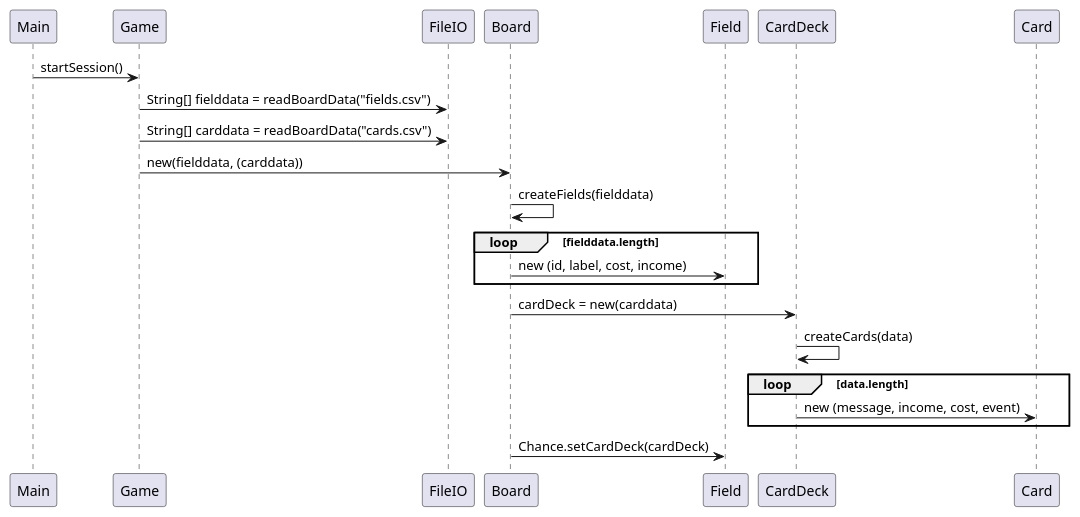
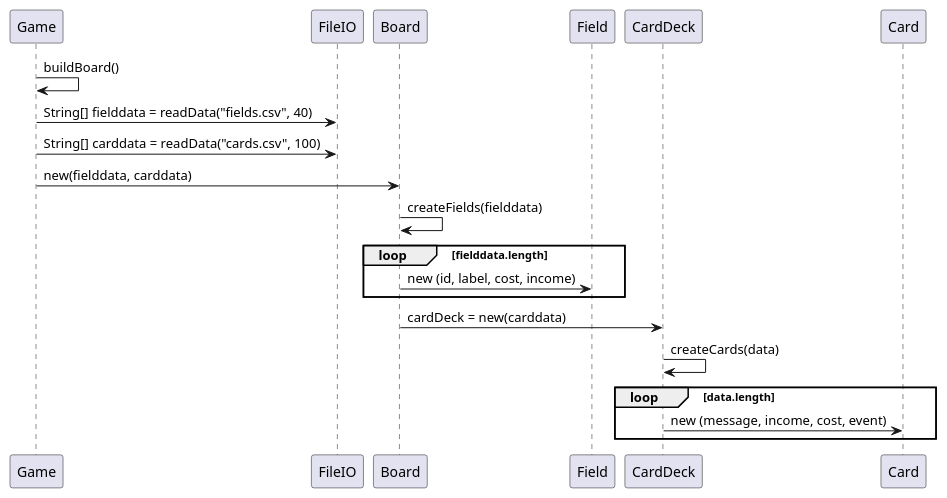
Before and after one commit to Dat1Cphbusiness/MonopolyF25: the diagram in doc/plan/dynamic/sequence_buildboard.puml, drawn with PlantUML. The commit also changed 7 other files, not shown here.

```diff
--- a/doc/plan/dynamic/sequence_buildboard.puml
+++ b/doc/plan/dynamic/sequence_buildboard.puml
@@ -1,29 +1,26 @@
 @startuml
 'https://plantuml.com/sequence-diagram
 
+Game -> Game: buildBoard()
 
-Main -> Game: startSession()
+Game -> FileIO: String[] fielddata = readData("fields.csv", 40)
+Game -> FileIO: String[] carddata = readData("cards.csv", 100)
 
+Game -> Board : new(fielddata, carddata)
 
-
-Game -> FileIO: String[] fielddata = readBoardData("fields.csv")
-Game -> FileIO: String[] carddata = readBoardData("cards.csv")
-
-Game -> Board : new(fielddata, (carddata))
 Board -> Board : createFields(fielddata)
 
 loop fielddata.length
 Board -> Field : new (id, label, cost, income)
 end
 
 Board -> CardDeck : cardDeck = new(carddata)
+
 CardDeck -> CardDeck : createCards(data)
 
 loop data.length
 CardDeck -> Card : new (message, income, cost, event)
 end
 
-Board -> Field : Chance.setCardDeck(cardDeck)
-
 
 @enduml
```
